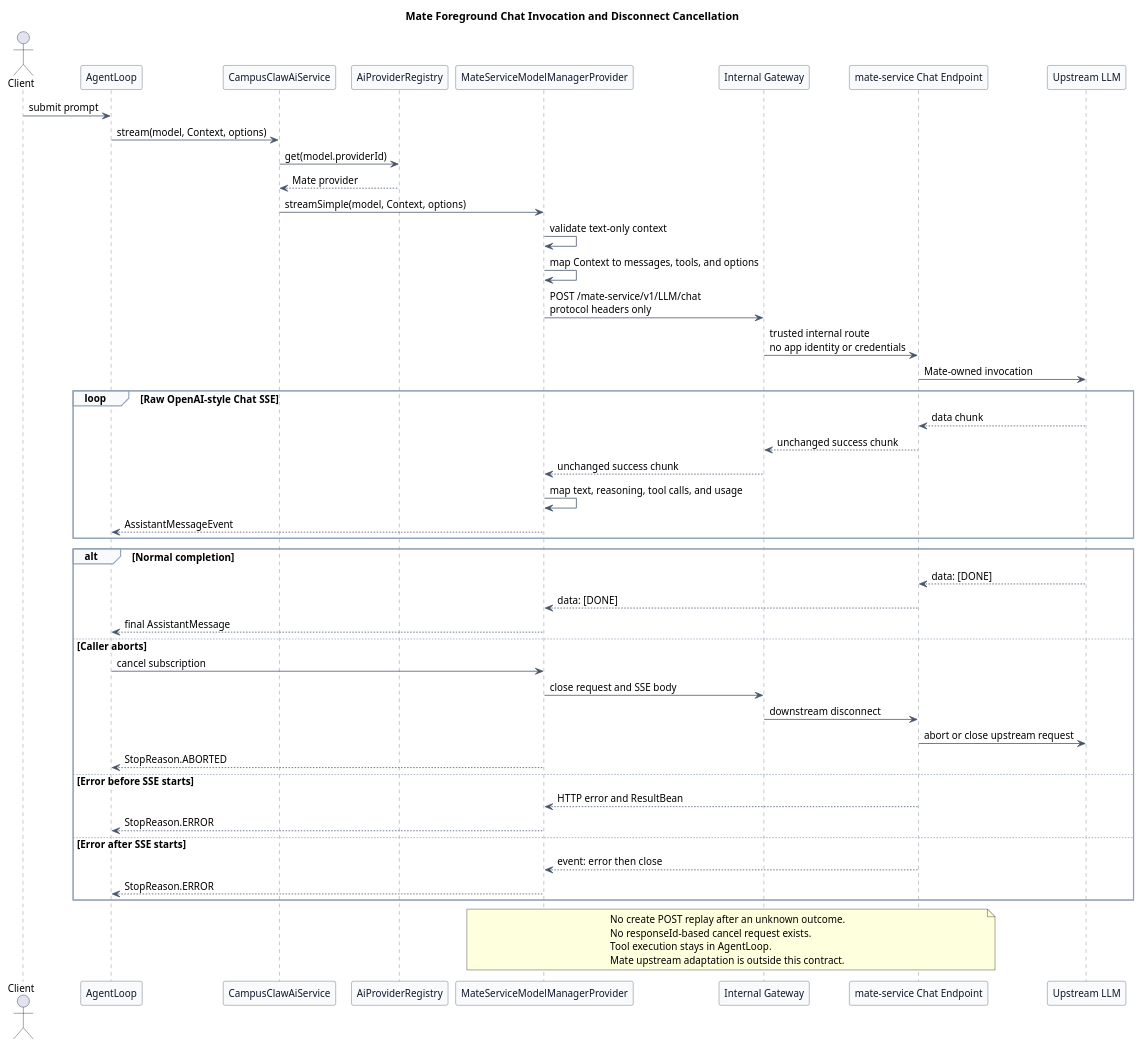
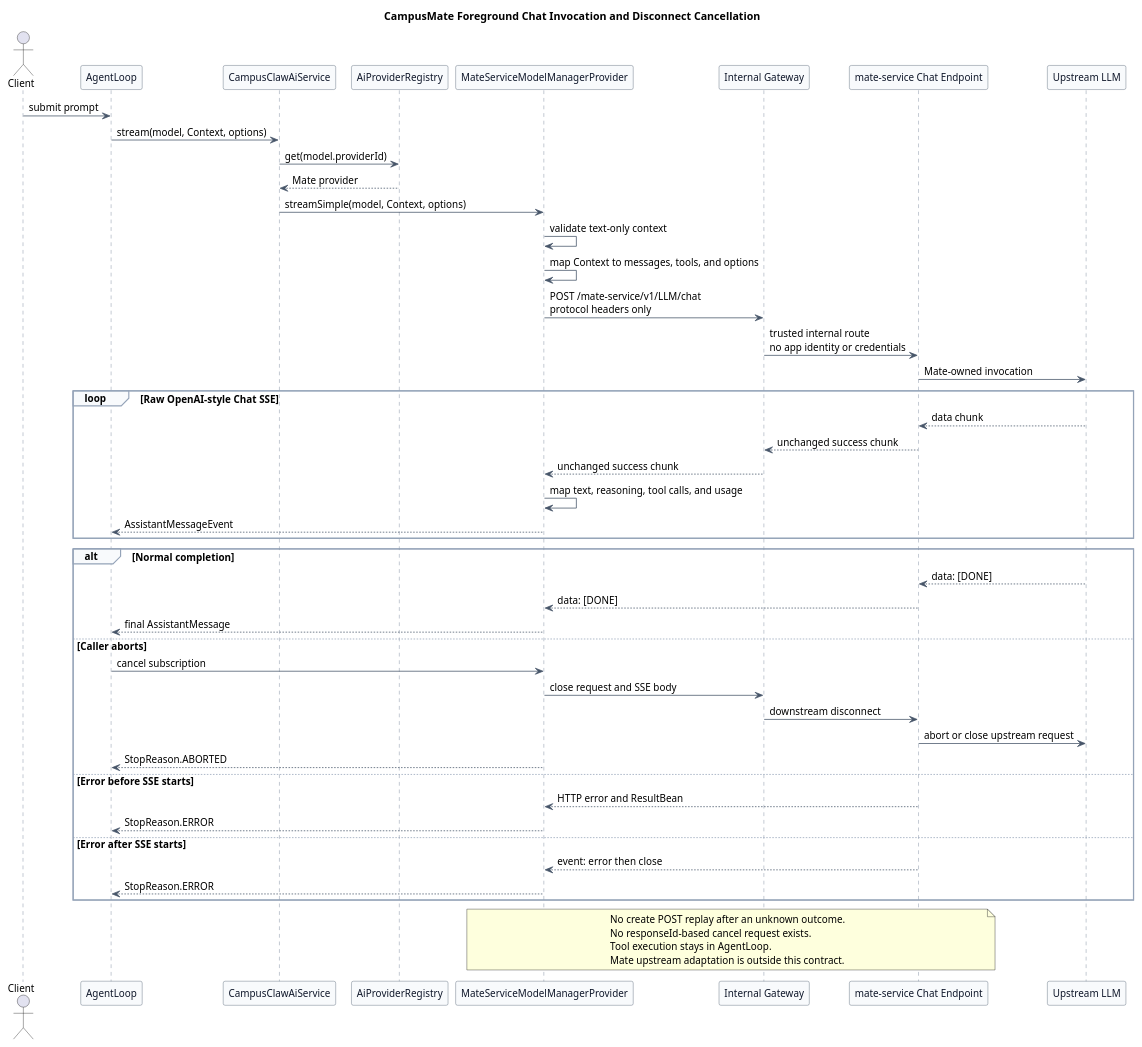
Before and after one commit to ssm0808/pi-mono-java-design: the third of 5 diagrams in model-manager-provider-contract/diagram.puml, drawn with PlantUML. The commit also changed other lines of this file and 10 other files, not shown here.

```diff
--- a/model-manager-provider-contract/diagram.puml
+++ b/model-manager-provider-contract/diagram.puml
@@ -142,83 +143,84 @@
 @startuml model_manager_invocation_sequence
-title Mate Foreground Chat Invocation and Disconnect Cancellation
+title CampusMate Foreground Chat Invocation and Disconnect Cancellation
 
 ' Source evidence:
 ' pi-mono packages/ai/src/api/openai-completions.ts: stream, convertMessages, tool calls, and usage parsing
 ' pi-mono packages/agent/src/agent-loop.ts: runLoop and streamAssistantResponse
 ' pi-mono packages/coding-agent/src/core/compaction/compaction.ts: completeSummarization with toolChoice none
 ' pi-mono-java modules/ai/src/main/java/com/campusclaw/ai/provider/openai/OpenAICompletionsProvider.java: stream and parseUsage
 ' pi-mono-java modules/agent-core/src/main/java/com/campusclaw/agent/loop/AgentLoop.java: invokeModel and consumeStream
-' Target-only design: POST /mate-service/v1/LLM/chat does not exist in mate-service at the analyzed baseline.
+' mate-service src/main/java/com/huawei/hicampus/mate/agentdefinition/modelmanager/controller/LlmChatController.java:35-55
+' Observed behavior: POST /mate-service/v1/LLM/chat exists in the analyzed mate-service baseline.
 ' Product constraint: cancellation closes the foreground request and has no separate cancel operation.
 ' Architecture change: successful Chat SSE is returned without ResultBean or payload rewriting.
 
 skinparam backgroundColor #FFFFFF
 skinparam shadowing false
 skinparam defaultFontName Arial
 skinparam defaultFontSize 13
 skinparam participant {
   BackgroundColor #F8FAFC
   BorderColor #475569
   FontColor #0F172A
 }
 skinparam ArrowColor #475569
 skinparam sequence {
   LifeLineBorderColor #64748B
   LifeLineBackgroundColor #F8FAFC
   GroupBorderColor #94A3B8
   GroupBackgroundColor #F8FAFC
 }
 
 actor Client
 participant "AgentLoop" as Loop
 participant "CampusClawAiService" as AiService
 participant "AiProviderRegistry" as Registry
 participant "MateServiceModelManagerProvider" as Provider
 participant "Internal Gateway" as Gateway
 participant "mate-service Chat Endpoint" as Mate
 participant "Upstream LLM" as Upstream
 
 Client -> Loop : submit prompt
 Loop -> AiService : stream(model, Context, options)
 AiService -> Registry : get(model.providerId)
 Registry --> AiService : Mate provider
 AiService -> Provider : streamSimple(model, Context, options)
 Provider -> Provider : validate text-only context
 Provider -> Provider : map Context to messages, tools, and options
 Provider -> Gateway : POST /mate-service/v1/LLM/chat\nprotocol headers only
 Gateway -> Mate : trusted internal route\nno app identity or credentials
 Mate -> Upstream : Mate-owned invocation
 
 loop Raw OpenAI-style Chat SSE
   Upstream --> Mate : data chunk
   Mate --> Gateway : unchanged success chunk
   Gateway --> Provider : unchanged success chunk
   Provider -> Provider : map text, reasoning, tool calls, and usage
   Provider --> Loop : AssistantMessageEvent
 end
 
 alt Normal completion
   Upstream --> Mate : data: [DONE]
   Mate --> Provider : data: [DONE]
   Provider --> Loop : final AssistantMessage
 else Caller aborts
   Loop -> Provider : cancel subscription
   Provider -> Gateway : close request and SSE body
   Gateway -> Mate : downstream disconnect
   Mate -> Upstream : abort or close upstream request
   Provider --> Loop : StopReason.ABORTED
 else Error before SSE starts
   Mate --> Provider : HTTP error and ResultBean
   Provider --> Loop : StopReason.ERROR
 else Error after SSE starts
   Mate --> Provider : event: error then close
   Provider --> Loop : StopReason.ERROR
 end
 
 note over Provider,Mate
 No create POST replay after an unknown outcome.
 No responseId-based cancel request exists.
 Tool execution stays in AgentLoop.
 Mate upstream adaptation is outside this contract.
 end note
 @enduml
```
